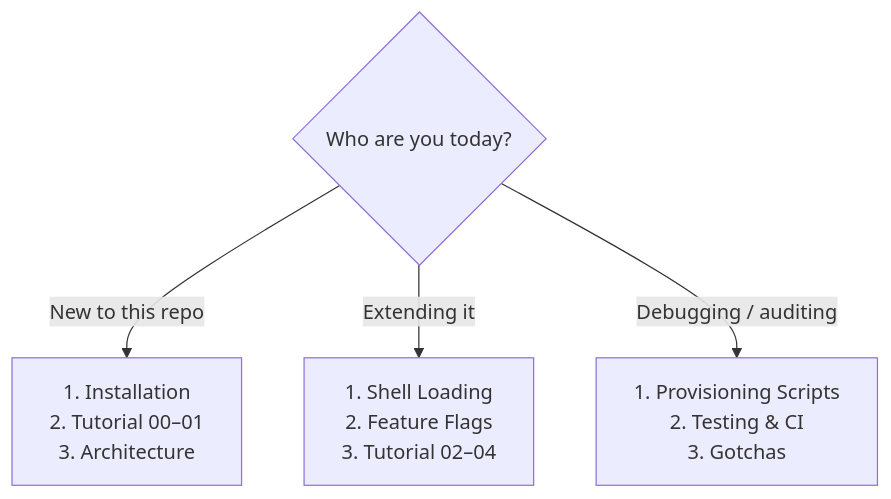
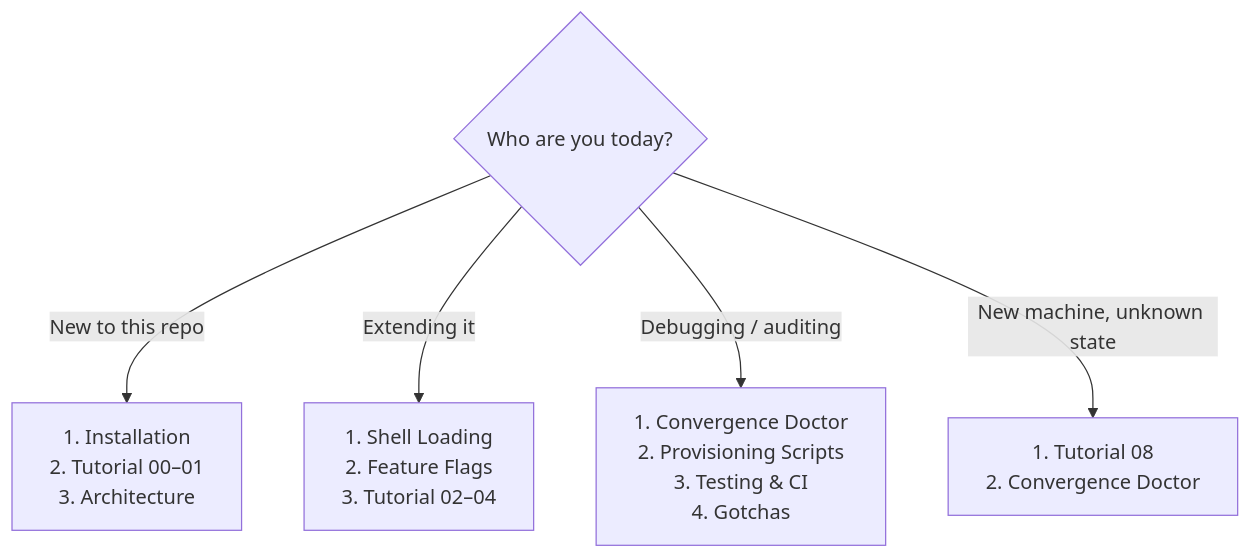
One commit to bossjones/zsh-dotfiles changed the diagram in docs/README.md. Above: the diagram before and after it, drawn with Mermaid. The commit also changed other lines of this file and 10 other files, not shown here.

First line of the commit message:
docs(doctor): reference page, investigation tutorial, and cross-links

````diff
--- a/docs/README.md
+++ b/docs/README.md
@@ -7,6 +7,7 @@
 ```mermaid
 flowchart TD
     A{"Who are you today?"} -->|"New to this repo"| B["1. Installation<br/>2. Tutorial 00–01<br/>3. Architecture"]
     A -->|"Extending it"| C["1. Shell Loading<br/>2. Feature Flags<br/>3. Tutorial 02–04"]
-    A -->|"Debugging / auditing"| D["1. Provisioning Scripts<br/>2. Testing &amp; CI<br/>3. Gotchas"]
+    A -->|"Debugging / auditing"| D["1. Convergence Doctor<br/>2. Provisioning Scripts<br/>3. Testing &amp; CI<br/>4. Gotchas"]
+    A -->|"New machine, unknown state"| E["1. Tutorial 08<br/>2. Convergence Doctor"]
 ```
````
